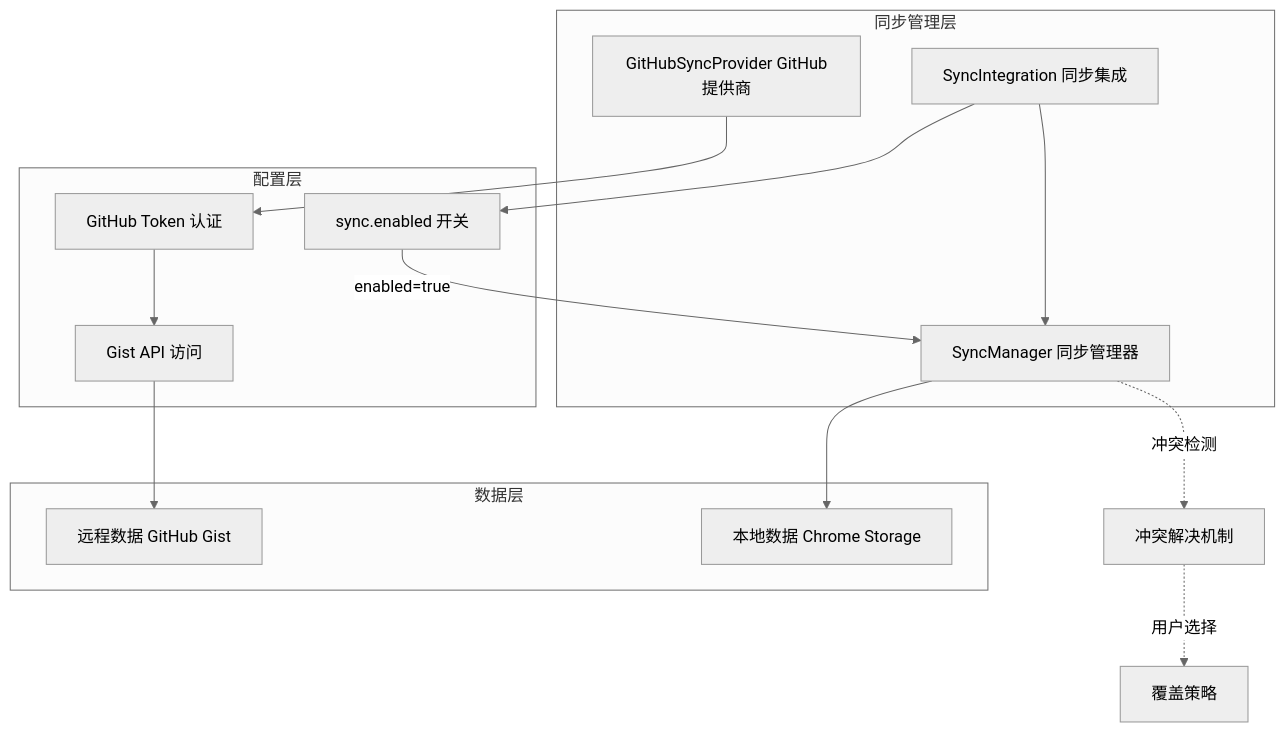
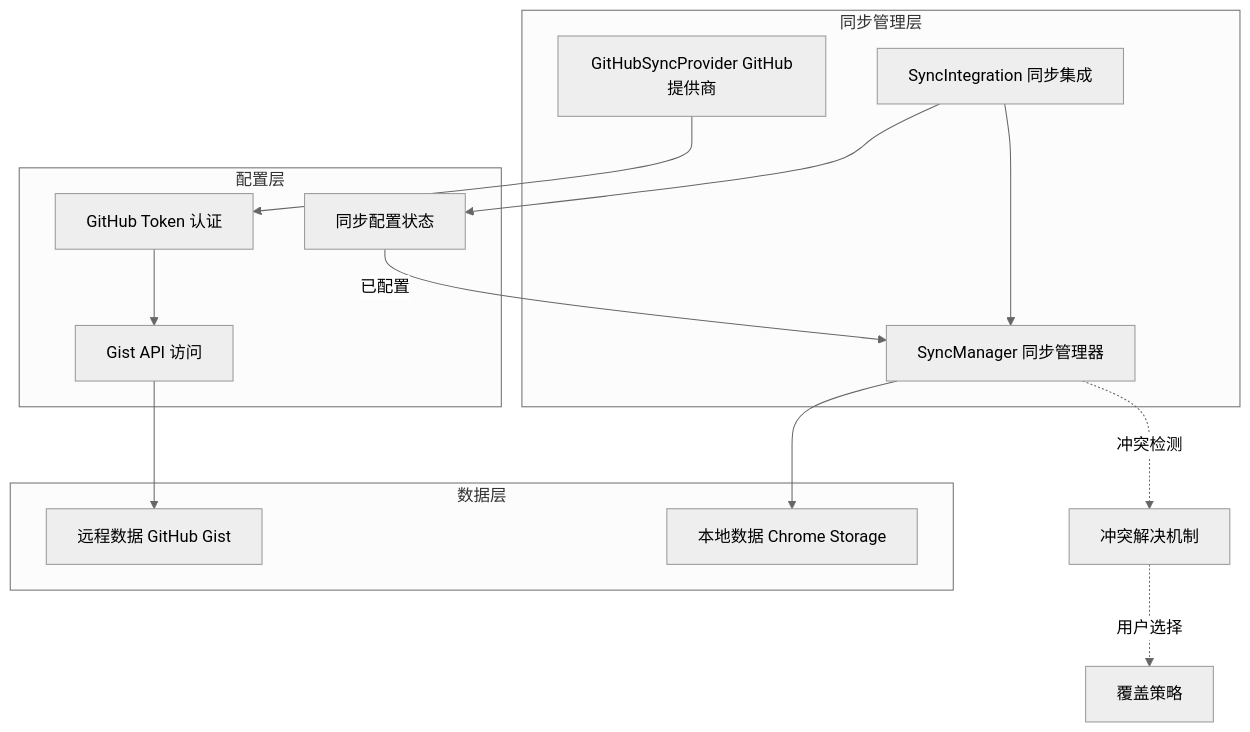
The sixth of 12 diagrams in UniTab_流程链路图.md (namehu/UniTab), drawn with Mermaid (neutral theme) before and after one commit. The commit also changed other lines of this file and 4 other files, not shown here.

````diff
--- a/UniTab_流程链路图.md
+++ b/UniTab_流程链路图.md
@@ -157,30 +157,30 @@
 ```mermaid
 graph TB
     subgraph "同步管理层"
         A[SyncManager 同步管理器]
         C[GitHubSyncProvider GitHub提供商]
         D[SyncIntegration 同步集成]
     end
     
     subgraph "配置层"
-        E[sync.enabled 开关]
+        E[同步配置状态]
         F[GitHub Token 认证]
         G[Gist API 访问]
     end
     
     subgraph "数据层"
         H[本地数据 Chrome Storage]
         I[远程数据 GitHub Gist]
     end
     
     D --> E
-    E -->|enabled=true| A
+    E -->|已配置| A
     D --> A
     C --> F
     F --> G
     G --> I
     A --> H
     
     A -.->|冲突检测| J[冲突解决机制]
     J -.->|用户选择| K[覆盖策略]
 ```
````
